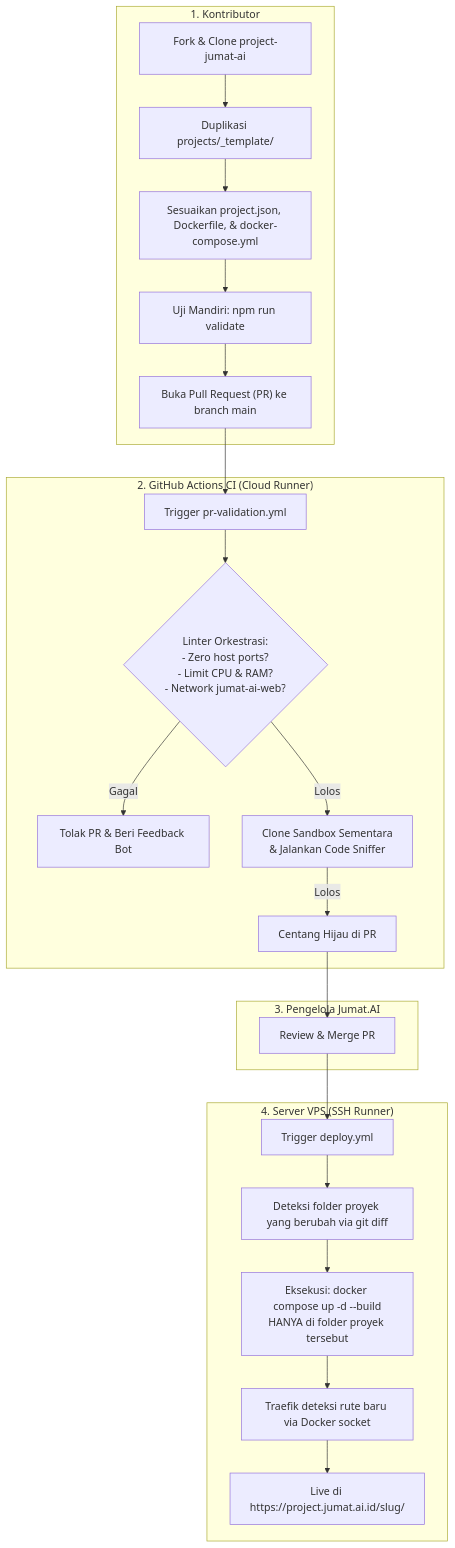
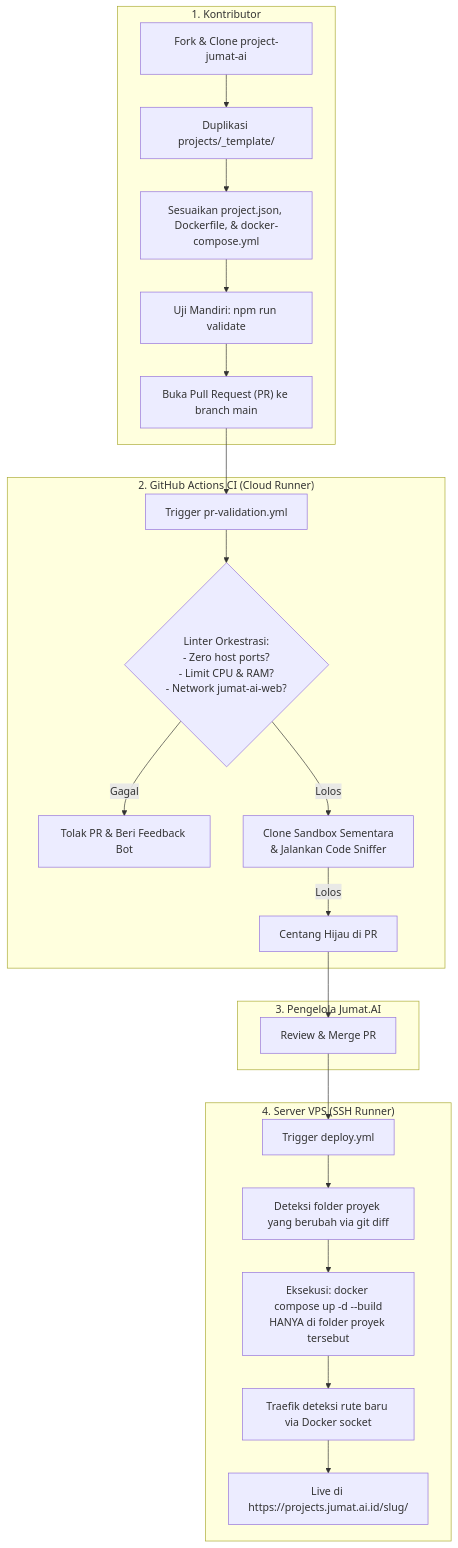
The diagram in docs/ARCHITECTURE.md (Jumat-AI/projects), drawn with Mermaid before and after one commit. The commit also changed other lines of this file and 17 other files, not shown here.

First line of the commit message:
refactor: Migrate base domain from 'project' to 'projects.jumat.ai.id'

````diff
--- a/docs/ARCHITECTURE.md
+++ b/docs/ARCHITECTURE.md
@@ -82,29 +82,29 @@
 ```mermaid
 flowchart TD
     subgraph TahapKontributor["1. Kontributor"]
         A["Fork & Clone project-jumat-ai"] --> B["Duplikasi projects/_template/"]
         B --> C["Sesuaikan project.json, Dockerfile, & docker-compose.yml"]
         C --> D["Uji Mandiri: npm run validate"]
         D --> E["Buka Pull Request (PR) ke branch main"]
     end
 
     subgraph TahapCI["2. GitHub Actions CI (Cloud Runner)"]
         E --> F["Trigger pr-validation.yml"]
         F --> G{"Linter Orkestrasi:\n- Zero host ports?\n- Limit CPU & RAM?\n- Network jumat-ai-web?"}
         G -- Gagal --> H["Tolak PR & Beri Feedback Bot"]
         G -- Lolos --> I["Clone Sandbox Sementara\n& Jalankan Code Sniffer"]
         I -- Lolos --> J["Centang Hijau di PR"]
     end
 
     subgraph TahapAdmin["3. Pengelola Jumat.AI"]
         J --> K["Review & Merge PR"]
     end
 
     subgraph TahapCD["4. Server VPS (SSH Runner)"]
         K --> L["Trigger deploy.yml"]
         L --> M["Deteksi folder proyek yang berubah via git diff"]
         M --> N["Eksekusi: docker compose up -d --build\nHANYA di folder proyek tersebut"]
         N --> O["Traefik deteksi rute baru via Docker socket"]
-        O --> P["Live di https://project.jumat.ai.id/slug/"]
+        O --> P["Live di https://projects.jumat.ai.id/slug/"]
     end
 ```
````
